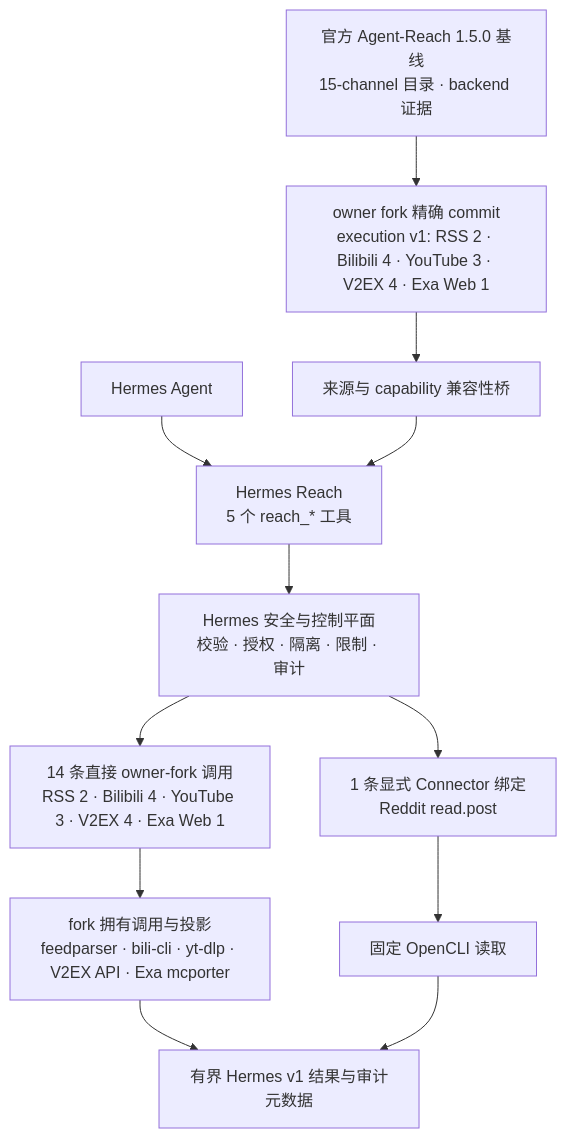
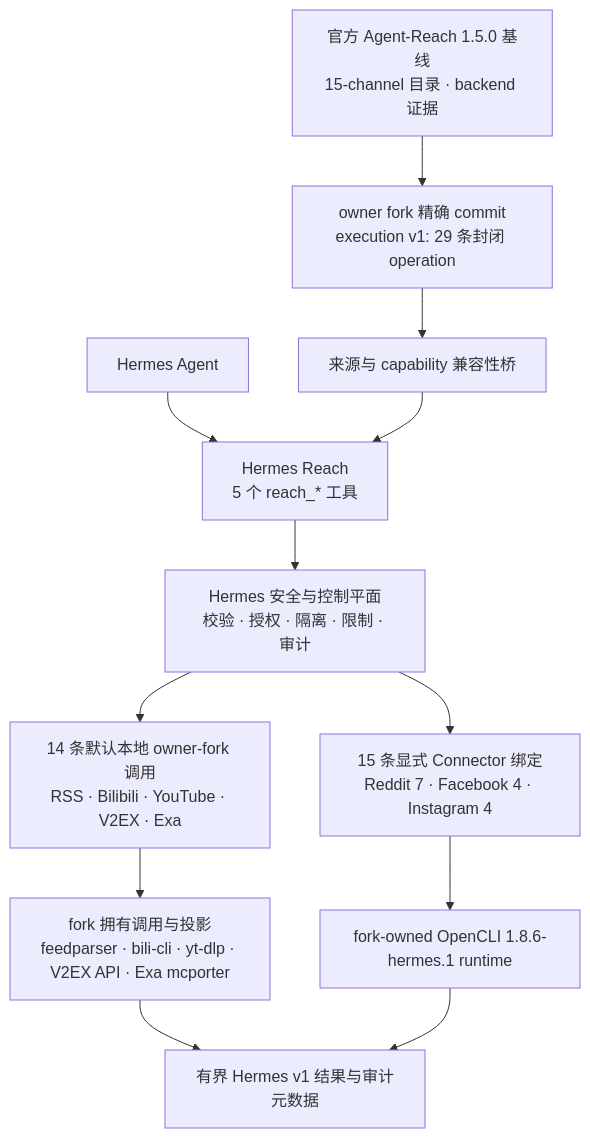
Before and after one commit to izumi0uu/hermes-reach: the first of 2 diagrams in README.md, drawn with Mermaid. The commit also changed other lines of this file and 45 other files, not shown here.

Commit message:
feat(agent-reach): execute OpenCLI social platform batch

````diff
--- a/README.md
+++ b/README.md
@@ -308,14 +314,14 @@
 ```mermaid
 flowchart TD
     Hermes["Hermes Agent"] --> Plugin["Hermes Reach<br/>5 个 reach_* 工具"]
-    Upstream["官方 Agent-Reach 1.5.0 基线<br/>15-channel 目录 · backend 证据"] --> Fork["owner fork 精确 commit<br/>execution v1: RSS 2 · Bilibili 4 · YouTube 3 · V2EX 4 · Exa Web 1"]
+    Upstream["官方 Agent-Reach 1.5.0 基线<br/>15-channel 目录 · backend 证据"] --> Fork["owner fork 精确 commit<br/>execution v1: 29 条封闭 operation"]
     Fork --> Bridge["来源与 capability 兼容性桥"]
     Bridge --> Plugin
     Plugin --> Guard["Hermes 安全与控制平面<br/>校验 · 授权 · 隔离 · 限制 · 审计"]
-    Guard --> ForkOps["14 条直接 owner-fork 调用<br/>RSS 2 · Bilibili 4 · YouTube 3 · V2EX 4 · Exa Web 1"]
-    Guard --> Connector["1 条显式 Connector 绑定<br/>Reddit read.post"]
+    Guard --> ForkOps["14 条默认本地 owner-fork 调用<br/>RSS · Bilibili · YouTube · V2EX · Exa"]
+    Guard --> Connector["15 条显式 Connector 绑定<br/>Reddit 7 · Facebook 4 · Instagram 4"]
     ForkOps --> ForkBackends["fork 拥有调用与投影<br/>feedparser · bili-cli · yt-dlp · V2EX API · Exa mcporter"]
-    Connector --> OpenCLI["固定 OpenCLI 读取"]
+    Connector --> OpenCLI["fork-owned OpenCLI 1.8.6-hermes.1 runtime"]
     ForkBackends --> Results["有界 Hermes v1 结果与审计元数据"]
     OpenCLI --> Results
 ```
````
